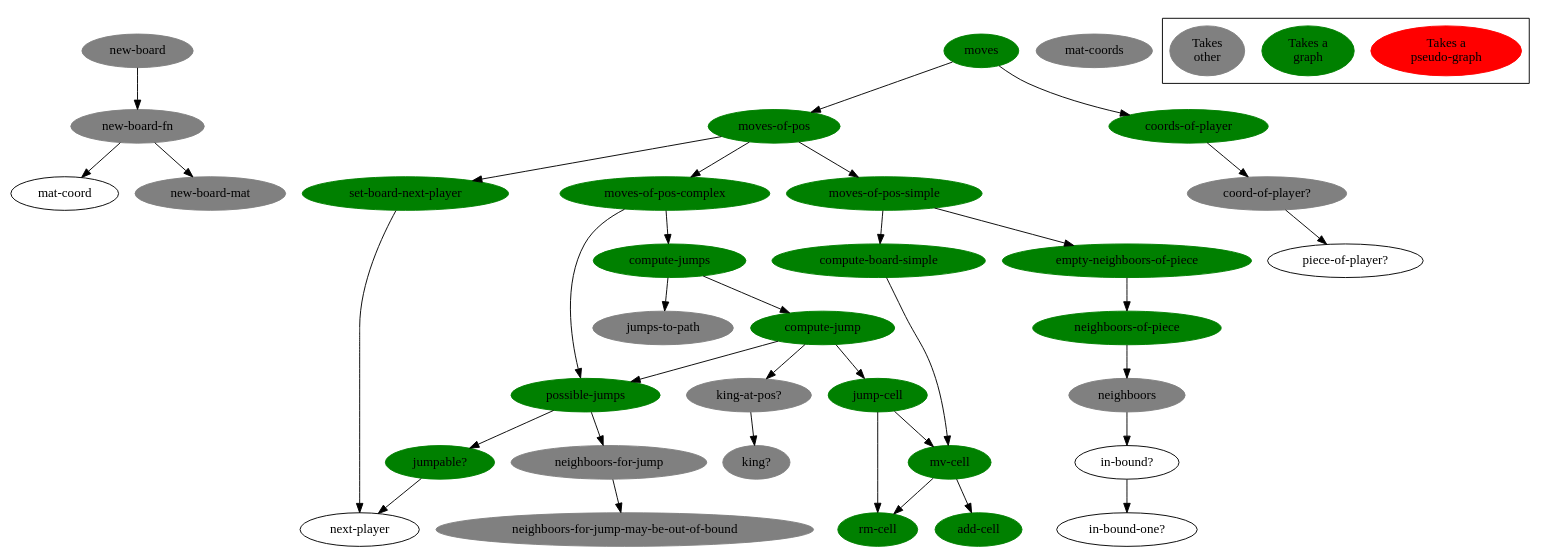
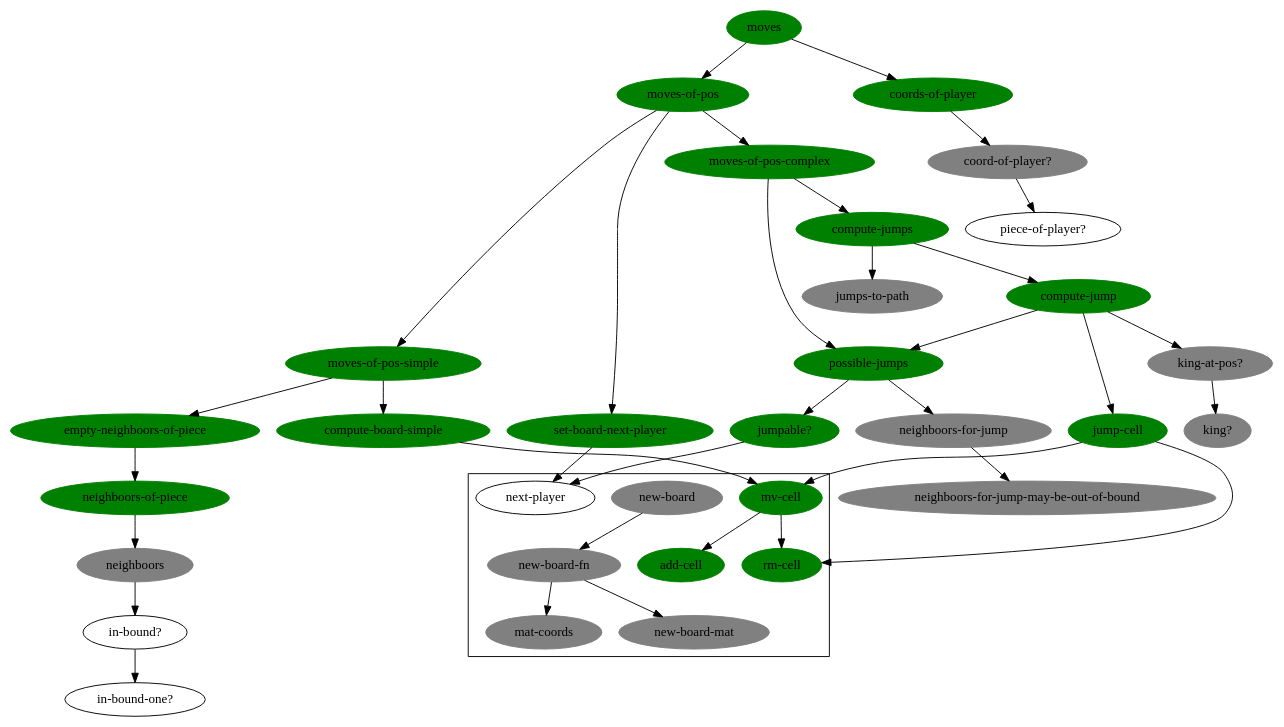
One commit to denlab/clojure-plays-checkers changed the diagram in doc/function-graph-detailled.dot. Above: the diagram before and after it, drawn with Graphviz. The commit also changed 3 other files, not shown here.

Commit message:
refacto: extracted ns board-util

```diff
--- a/doc/function-graph-detailled.dot
+++ b/doc/function-graph-detailled.dot
@@ -1,116 +1,116 @@
 digraph funtions {
 
 /******************************************************************************
  *                         edges                                              *         
  ******************************************************************************/
 
-        "new-board-fn" -> "mat-coord";
+        "new-board-fn" -> "mat-coords";
         "new-board-fn" -> "new-board-mat";
         
         "new-board" -> "new-board-fn";
 
         "in-bound?" -> "in-bound-one?";
 
         "neighboors" -> "in-bound?";
 
         "neighboors-of-piece" -> "neighboors";
 
         "empty-neighboors-of-piece" -> "neighboors-of-piece";
 
         "mv-cell" -> "rm-cell";
         "mv-cell" -> "add-cell";
 
         "compute-board-simple" -> "mv-cell";
 
         "moves-of-pos-simple" -> "compute-board-simple";
         "moves-of-pos-simple" ->  "empty-neighboors-of-piece";
         
         "neighboors-for-jump" -> "neighboors-for-jump-may-be-out-of-bound";
 
         "jumpable?" -> "next-player";
 
         "possible-jumps" -> "jumpable?";
         "possible-jumps" -> "neighboors-for-jump";
 
         "jump-cell" -> "rm-cell";
         "jump-cell" -> "mv-cell";
 
         "king-at-pos?" -> "king?";
 
         "compute-jump" -> "jump-cell";
         "compute-jump" -> "possible-jumps";
         "compute-jump" -> "king-at-pos?";
 
         "compute-jumps" -> "compute-jump";
         "compute-jumps" -> "jumps-to-path";
 
         "moves-of-pos-complex" -> "compute-jumps";
         "moves-of-pos-complex" -> "possible-jumps";
         
         "set-board-next-player" -> "next-player";
 
         "moves-of-pos" -> "moves-of-pos-simple";
         "moves-of-pos" -> "moves-of-pos-complex";
         "moves-of-pos" -> "set-board-next-player";
 
         "coord-of-player?" -> "piece-of-player?";
 
         "coords-of-player" -> "coord-of-player?";
 
         "moves" -> "moves-of-pos";
         "moves" -> "coords-of-player";
 
 /******************************************************************************
  *                         nodes                                              *         
  ******************************************************************************/
 
         "moves"[bgcolor=green color=green style=filled];
         "coords-of-player"[bgcolor=green color=green style=filled];
         "moves-of-pos"[bgcolor=green color=green style=filled];
         "moves-of-pos-complex"[bgcolor=green color=green style=filled];
         "moves-of-pos-simple"[bgcolor=green color=green style=filled];
         "compute-board-simple"[bgcolor=green color=green style=filled];
         "mv-cell"[bgcolor=green color=green style=filled];
         "add-cell"[bgcolor=green color=green style=filled];
         "rm-cell"[bgcolor=green color=green style=filled];
         "empty-neighboors-of-piece"[bgcolor=green color=green style=filled];
         "neighboors-of-piece"[bgcolor=green color=green style=filled];
 
         "compute-jump"[bgcolor=green color=green style=filled];
 
         "jump-cell"[bgcolor=green color=green style=filled];
         "possible-jumps"[bgcolor=green color=green style=filled];
         "jumpable?"[bgcolor=green color=green style=filled];
 
         "coord-of-player?"[bgcolor=grey color=grey style=filled];
         "jumps-to-path"[bgcolor=grey color=grey style=filled];
         "king-at-pos?"[bgcolor=grey color=grey style=filled];
         "king?"[bgcolor=grey color=grey style=filled];
         "neighboors-for-jump"[bgcolor=grey color=grey style=filled];
         "neighboors-for-jump-may-be-out-of-bound"[bgcolor=grey color=grey style=filled];
         "neighboors"[bgcolor=grey color=grey style=filled];
         "new-board"[bgcolor=grey color=grey style=filled];
         "new-board-fn"[bgcolor=grey color=grey style=filled];
         "new-board-mat"[bgcolor=grey color=grey style=filled];
         "mat-coords"[bgcolor=grey color=grey style=filled];
 
         "set-board-next-player"[bgcolor=green color=green style=filled];
 
         "compute-jumps"[bgcolor=green color=green style=filled];
 
 /******************************************************************************
- *                         legend                                             *         
+ *                         namespaces                                         *         
  ******************************************************************************/
 
-        "Takes a\npseudo-graph"[bgcolor=red color=red style=filled];
-        "Takes a\ngraph"[bgcolor=green color=green style=filled];
-//        "Takes\nother"[bgcolor="#94003f" color="#94003f" style=filled];
-        "Takes\nother"[bgcolor=grey color=grey style=filled];
+        subgraph "cluster-ns-board-util" {
+                 "mv-cell";
+                 "rm-cell";
+                 "add-cell";
+                 "next-player";
 
-        subgraph "cluster-legend" {
-                "Takes a\npseudo-graph";
-                "Takes a\ngraph";
-                "Takes\nother";
+                 "new-board";
+                 "new-board-fn";
+                 "mat-coords";
+                 "new-board-mat";
         }
-
 }
```
